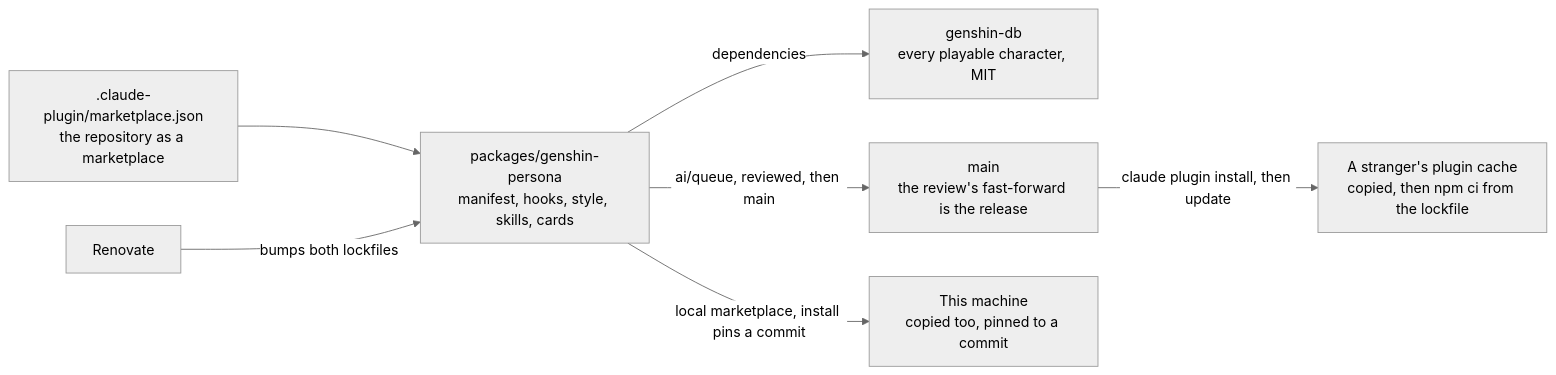
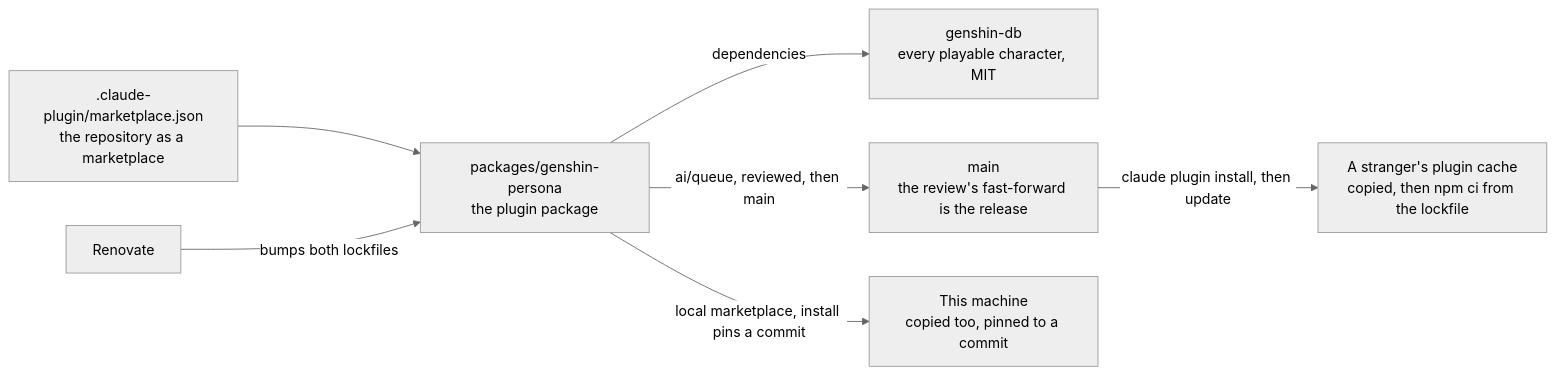
The diagram in openspec/specs/infra/claude-interface/persona-plugin/README.md (Esposter/Esposter), drawn with Mermaid (neutral theme) before and after one commit. The commit also changed other lines of this file and 9 other files, not shown here.

````diff
--- a/openspec/specs/infra/claude-interface/persona-plugin/README.md
+++ b/openspec/specs/infra/claude-interface/persona-plugin/README.md
@@ -25,17 +25,17 @@
 ```mermaid
 flowchart LR
     Marketplace[".claude-plugin/marketplace.json<br/>the repository as a marketplace"]
-    Plugin["packages/genshin-persona<br/>manifest, hooks, style, skills, cards"]
+    Plugin["packages/genshin-persona<br/>the plugin package"]
     Data["genshin-db<br/>every playable character, MIT"]
     Main["main<br/>the review's fast-forward is the release"]
     Remote["A stranger's plugin cache<br/>copied, then npm ci from the lockfile"]
     Local["This machine<br/>copied too, pinned to a commit"]
     Renovate[Renovate]
 
     Marketplace --> Plugin
     Plugin -->|dependencies| Data
     Renovate -->|bumps both lockfiles| Plugin
     Plugin -->|ai/queue, reviewed, then main| Main
     Main -->|claude plugin install, then update| Remote
     Plugin -->|local marketplace, install pins a commit| Local
 ```
````
